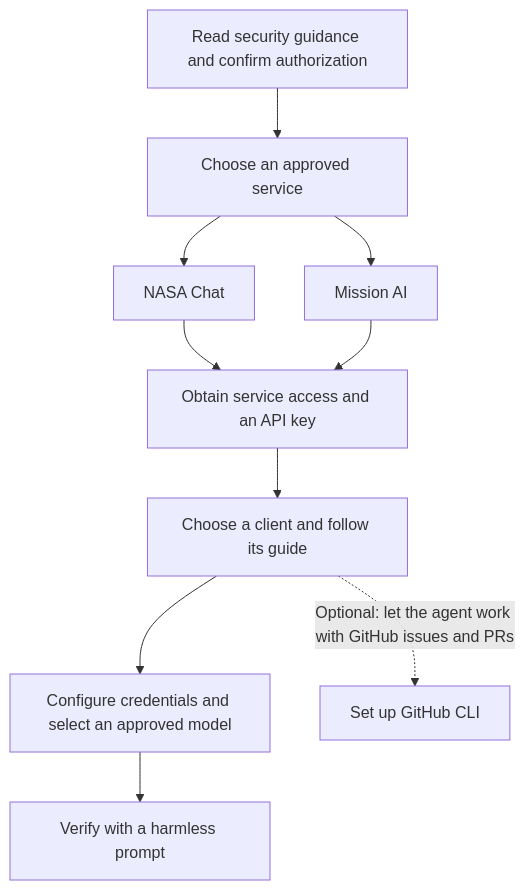
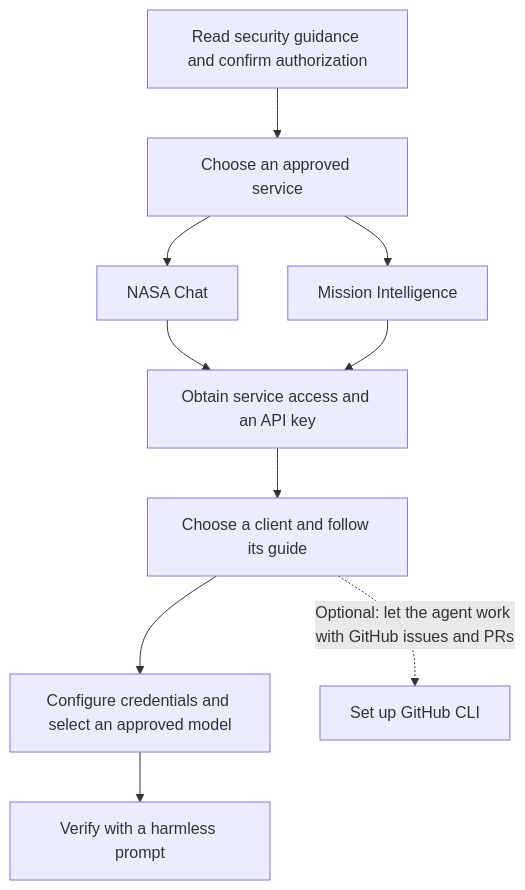
One commit to GEOS-ESM/si-agent-setup changed the diagram in README.md. Above: the diagram before and after it, drawn with Mermaid. The commit also changed other lines of this file and 11 other files, not shown here.

Commit message:
Update Mission Intelligence references

````diff
--- a/README.md
+++ b/README.md
@@ -19,19 +19,19 @@
 ```mermaid
 flowchart TD
     A["Read security guidance and confirm authorization"] --> B["Choose an approved service"]
     B --> C["NASA Chat"]
-    B --> D["Mission AI"]
+    B --> D["Mission Intelligence"]
     C --> E["Obtain service access and an API key"]
     D --> E
     E --> F["Choose a client and follow its guide"]
     F --> G["Configure credentials and select an approved model"]
     G --> H["Verify with a harmless prompt"]
     F -. "Optional: let the agent work with GitHub issues and PRs" .-> I["Set up GitHub CLI"]
 
     click A href "https://github.com/GEOS-ESM/si-agent-setup/blob/main/SECURITY.md" "Read security guidance"
     click B href "https://github.com/GEOS-ESM/si-agent-setup#services" "Choose a service"
     click C href "https://github.com/GEOS-ESM/si-agent-setup#nasa-chat" "NASA Chat guides"
-    click D href "https://github.com/GEOS-ESM/si-agent-setup#mission-ai" "Mission AI guides"
+    click D href "https://github.com/GEOS-ESM/si-agent-setup#mission-intelligence" "Mission Intelligence guides"
     click F href "https://github.com/GEOS-ESM/si-agent-setup#services" "Choose a client guide"
     click I href "https://github.com/GEOS-ESM/si-agent-setup/blob/main/docs/clients/github-cli.md" "GitHub CLI setup"
 ```
````
